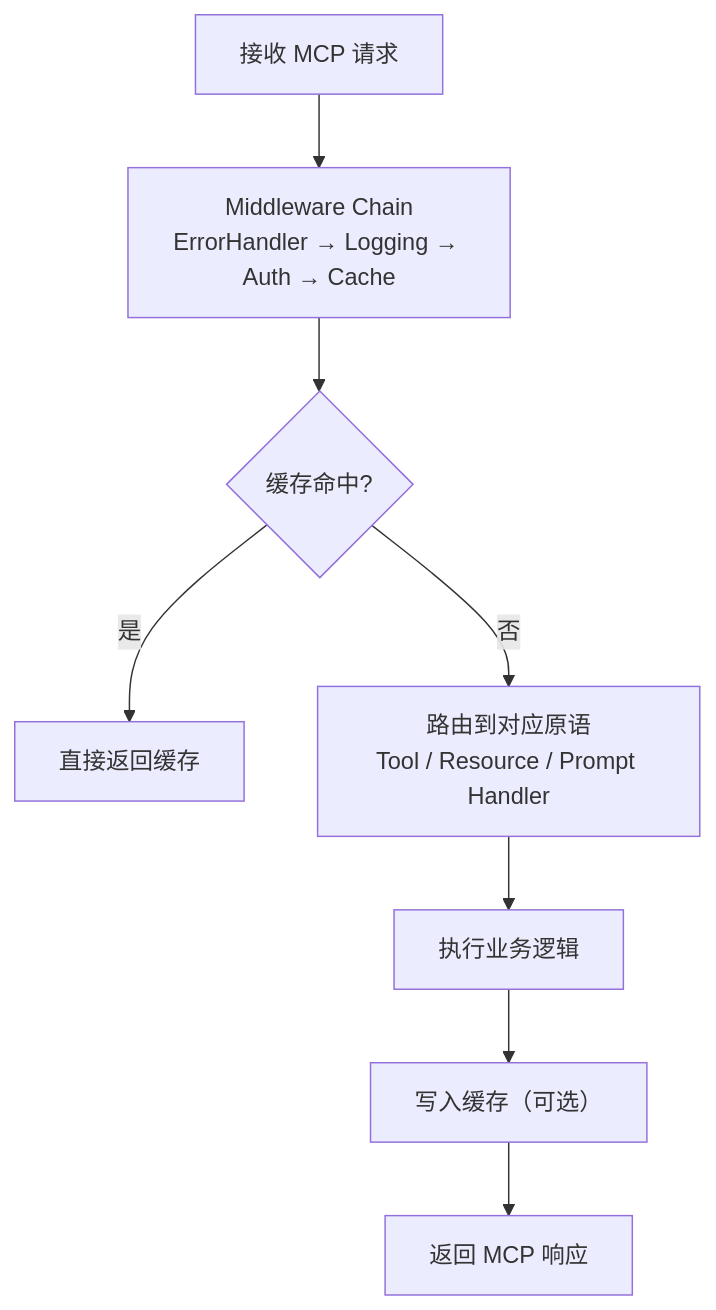
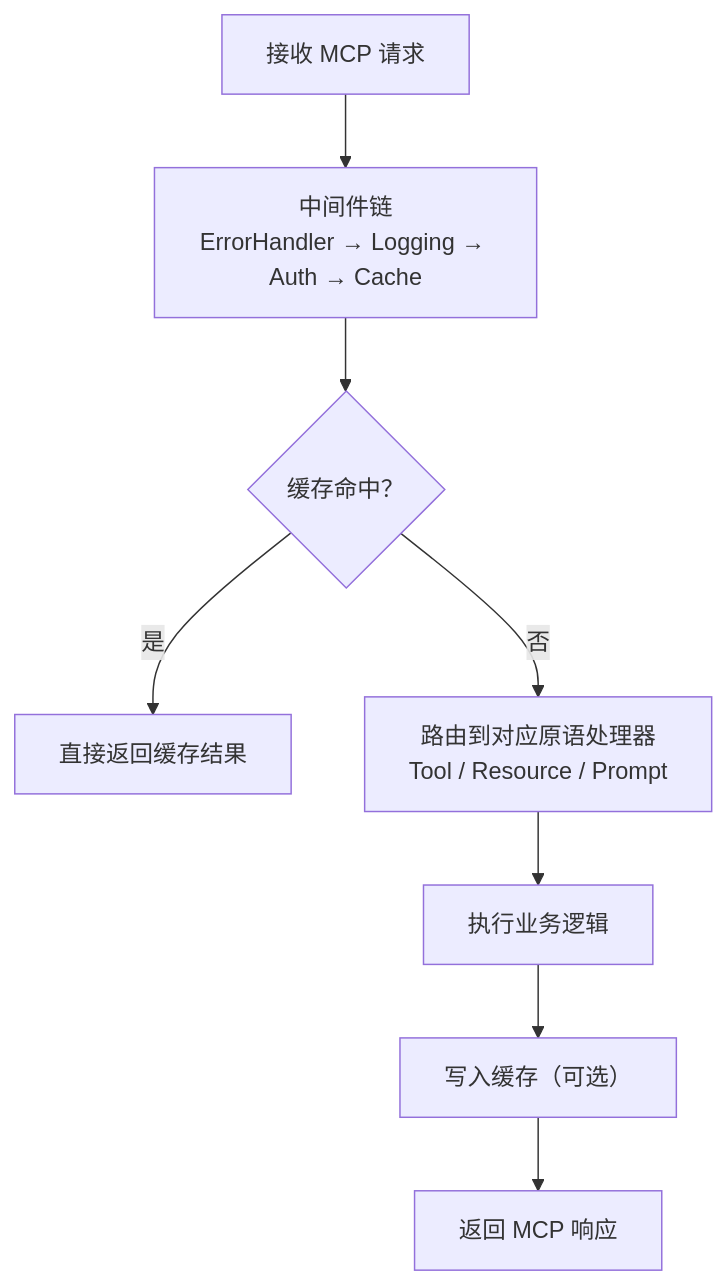
Before and after one commit to chain-engine/x-QiuChi: the third of 4 diagrams in README.md, drawn with Mermaid. The commit also changed other lines of this file and 1 other file, not shown here.

````diff
--- a/README.md
+++ b/README.md
@@ -152,10 +414,10 @@
 ```mermaid
 flowchart TD
-    R1["接收 MCP 请求"] --> R2["Middleware Chain<br/>ErrorHandler → Logging → Auth → Cache"]
-    R2 --> R3{"缓存命中?"}
-    R3 -->|"是"| R8["直接返回缓存"]
-    R3 -->|"否"| R4["路由到对应原语<br/>Tool / Resource / Prompt Handler"]
+    R1["接收 MCP 请求"] --> R2["中间件链<br/>ErrorHandler → Logging → Auth → Cache"]
+    R2 --> R3{"缓存命中？"}
+    R3 -->|"是"| R8["直接返回缓存结果"]
+    R3 -->|"否"| R4["路由到对应原语处理器<br/>Tool / Resource / Prompt"]
     R4 --> R5["执行业务逻辑"]
     R5 --> R6["写入缓存（可选）"]
     R6 --> R7["返回 MCP 响应"]
 ```
````
